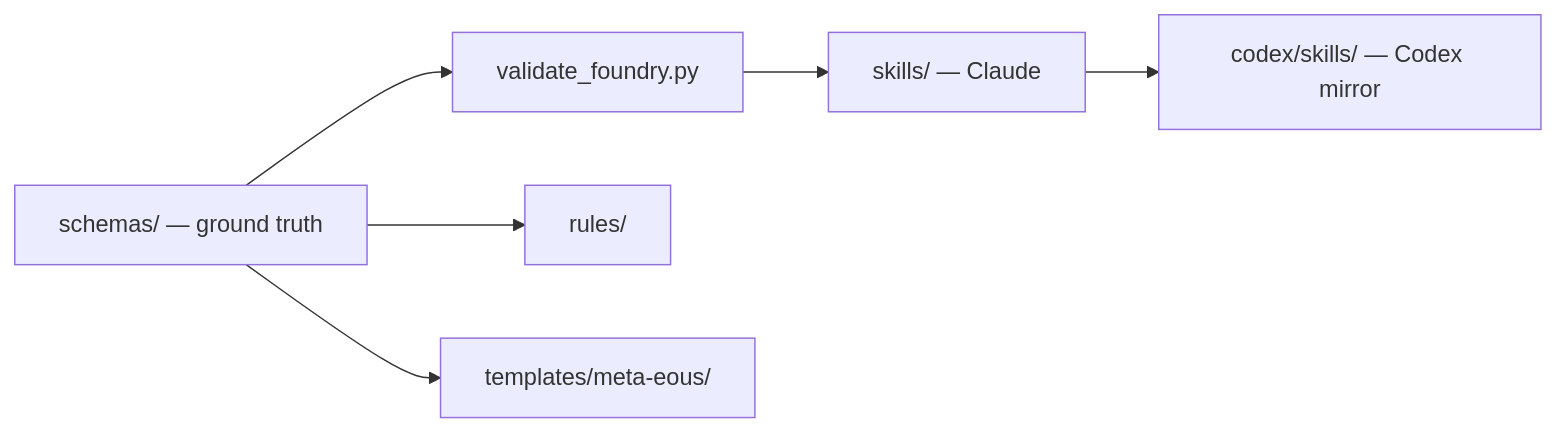
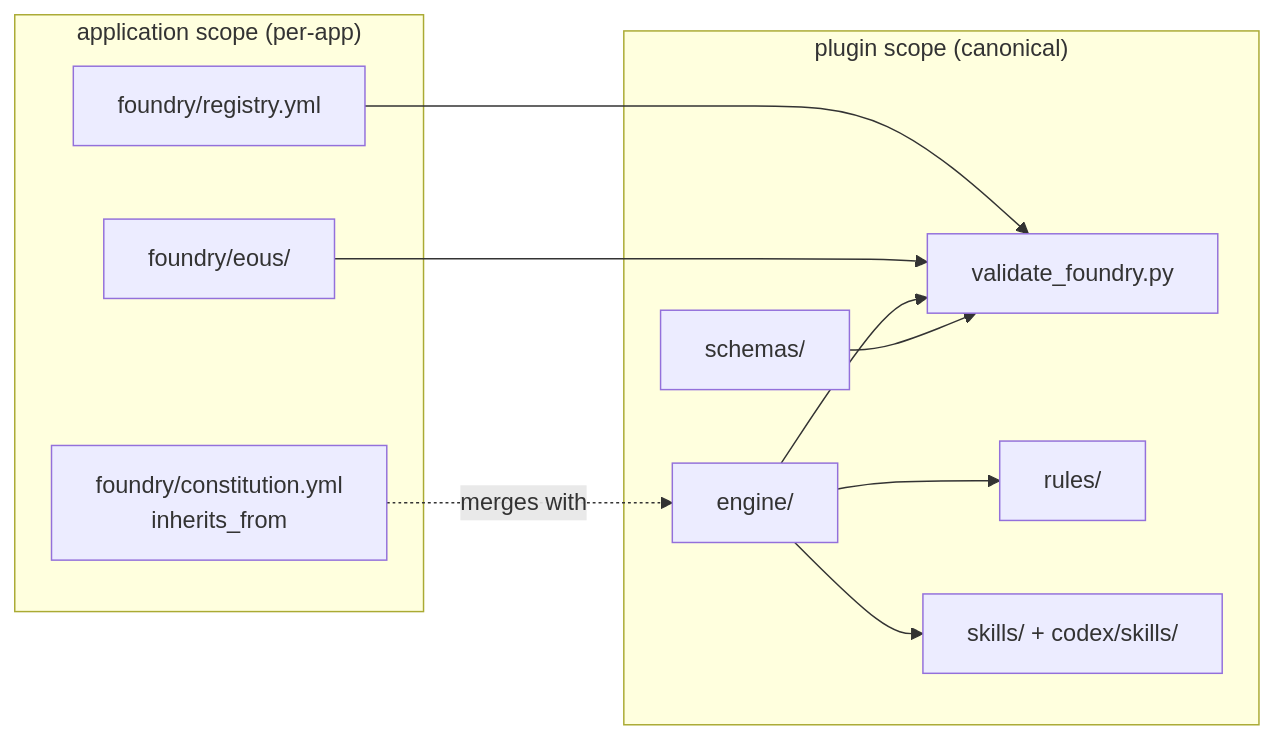
The third of 5 diagrams in dev-docs/02-architecture.md (xiaolai/eou-foundry), drawn with Mermaid before and after one commit. The commit also changed other lines of this file and 5 other files, not shown here.

````diff
--- a/dev-docs/02-architecture.md
+++ b/dev-docs/02-architecture.md
@@ -163,8 +185,14 @@
 ```mermaid
 graph LR
-    SCH["schemas/ — ground truth"] --> VAL["validate_foundry.py"]
-    SCH --> RUL["rules/"]
-    SCH --> TMP["templates/meta-eous/"]
-    VAL --> SKI["skills/ — Claude"]
-    SKI --> COD["codex/skills/ — Codex mirror"]
+    subgraph plugin["plugin scope (canonical)"]
+        SCH["schemas/"] --> VAL["validate_foundry.py"]
+        ENG["engine/"] --> VAL
+        ENG --> RUL["rules/"]
+        ENG --> SKI["skills/ + codex/skills/"]
+    end
+    subgraph app["application scope (per-app)"]
+        APPCON["foundry/constitution.yml<br/>inherits_from"] -.->|merges with| ENG
+        APPEOU["foundry/eous/"] --> VAL
+        APPREG["foundry/registry.yml"] --> VAL
+    end
 ```
````
